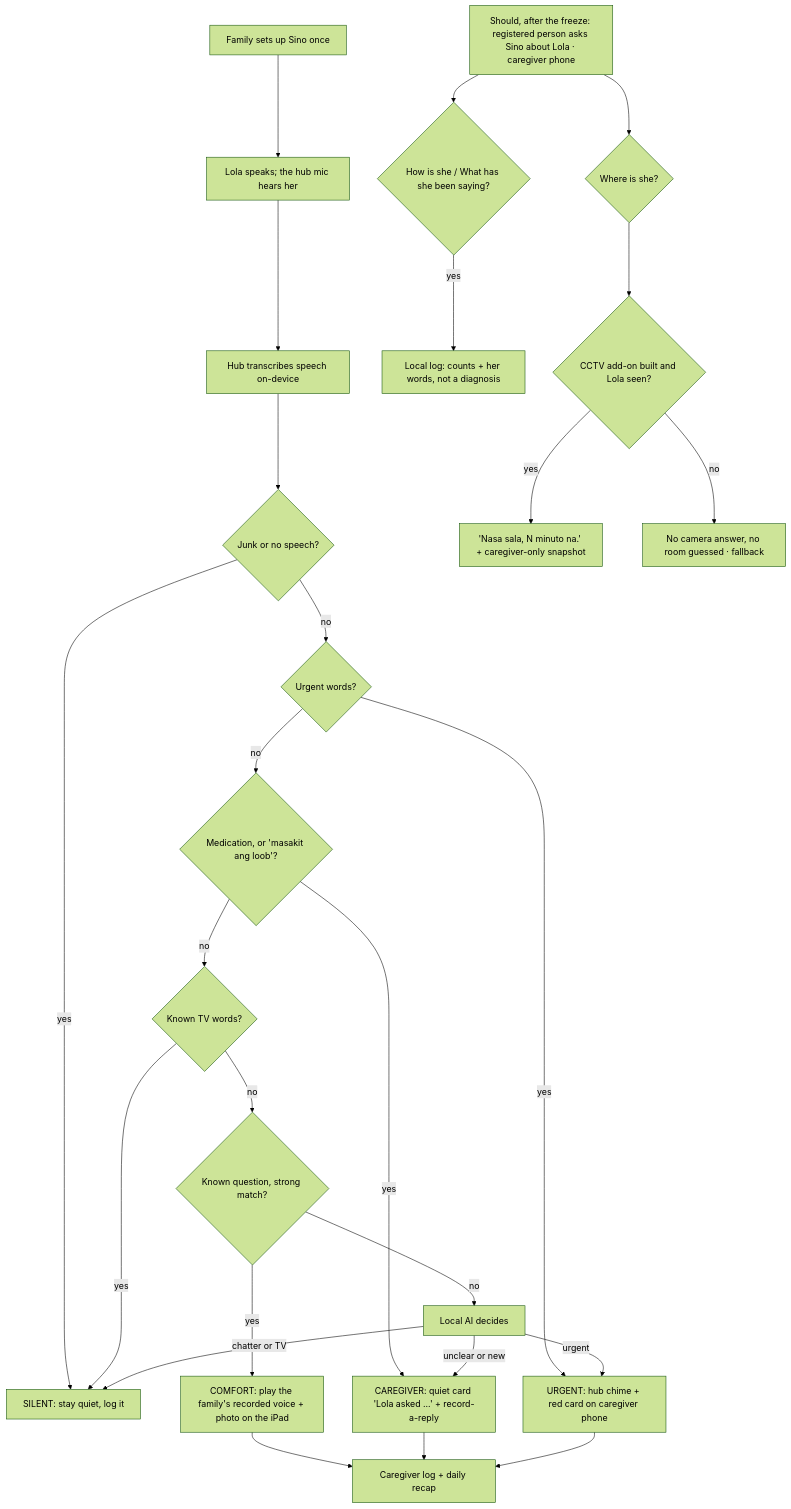
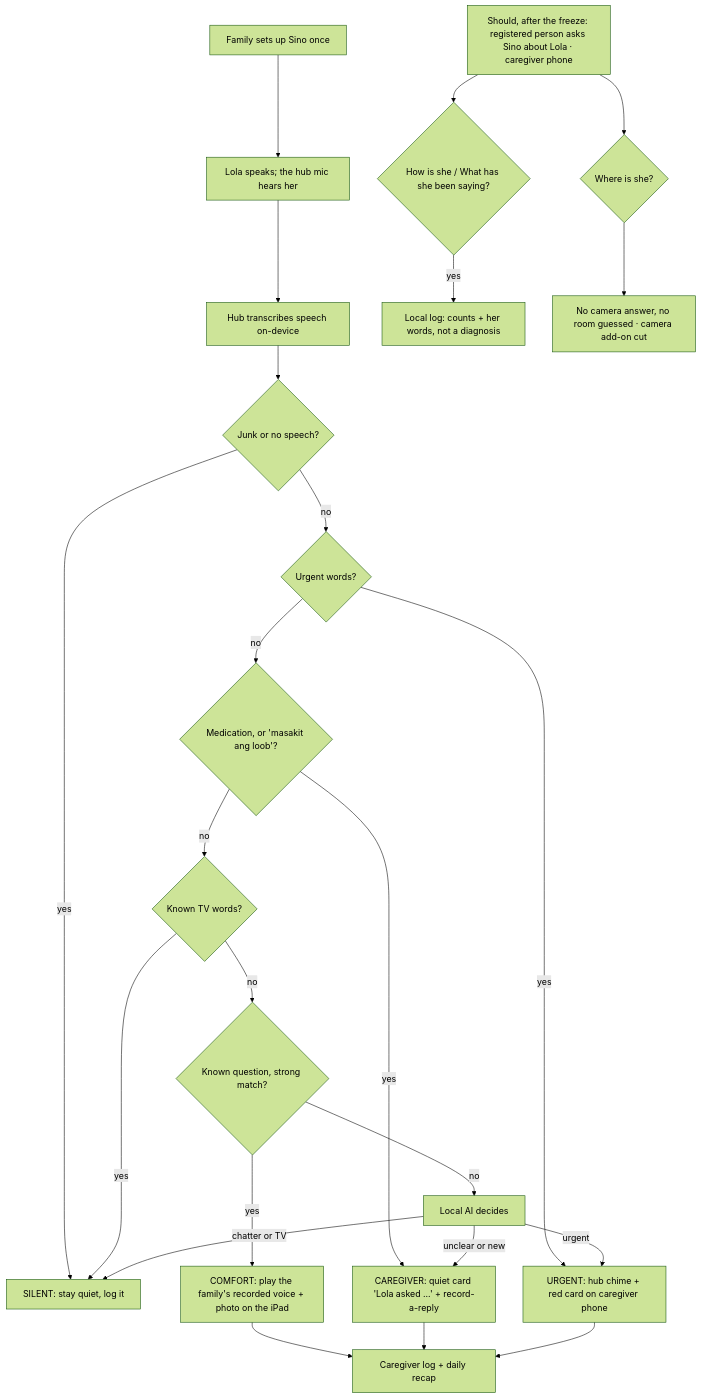
Before and after one commit to Troy-LL/appsolutely: the diagram in docs/sino/README.md, drawn with Mermaid (forest theme). The commit also changed other lines of this file and 13 other files, not shown here.

First line of the commit message:
Keep only face match as the add-on and put CCTV back on next steps after review

````diff
--- a/docs/sino/README.md
+++ b/docs/sino/README.md
@@ -26,29 +26,27 @@
 ```mermaid
 flowchart TD
   A[Family sets up Sino once] --> B[Lola speaks; the hub mic hears her]
   B --> C[Hub transcribes speech on-device]
   C --> J{Junk or no speech?}
   J -- yes --> Q
   J -- no --> D{Urgent words?}
   D -- yes --> U[URGENT: hub chime + red card on caregiver phone]
   D -- no --> M{Medication, or 'masakit ang loob'?}
   M -- yes --> K
   M -- no --> TV{Known TV words?}
   TV -- yes --> Q
   TV -- no --> E{Known question, strong match?}
   E -- yes --> S[COMFORT: play the family's recorded voice + photo on the iPad]
   E -- no --> F[Local AI decides]
   F -- urgent --> U
   F -- unclear or new --> K[CAREGIVER: quiet card 'Lola asked ...' + record-a-reply]
   F -- chatter or TV --> Q[SILENT: stay quiet, log it]
   S --> L[Caregiver log + daily recap]
   K --> L
   U --> L
 
   P[Should, after the freeze: registered person asks Sino about Lola · caregiver phone] --> H{How is she / What has she been saying?}
   H -- yes --> LG[Local log: counts + her words, not a diagnosis]
   P --> W{Where is she?}
-  W --> CC{CCTV add-on built and Lola seen?}
-  CC -- yes --> LS['Nasa sala, N minuto na.' + caregiver-only snapshot]
-  CC -- no --> NC[No camera answer, no room guessed · fallback]
+  W --> NC[No camera answer, no room guessed · camera add-on cut]
 ```
````
